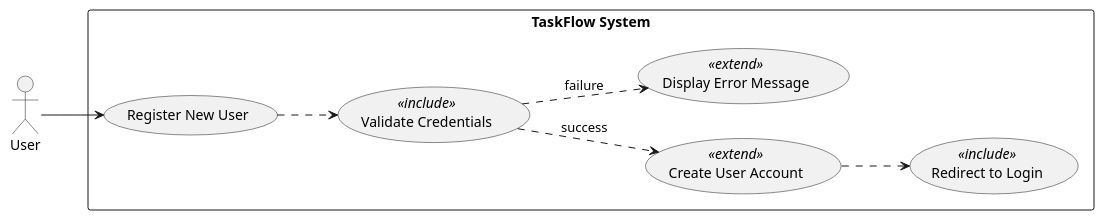
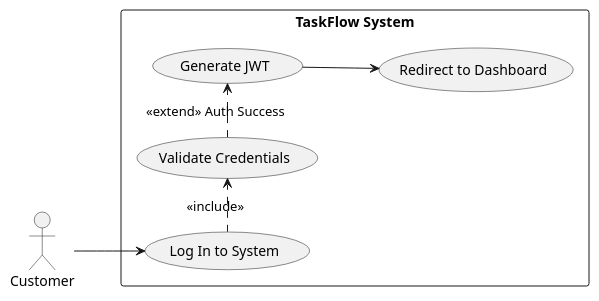
Before and after one commit to Chaman532003/framework: the first of 8 diagrams in artifacts/spec/spec.md, drawn with PlantUML. The commit also changed other lines of this file, not shown here.

Commit message:
[Propel IQ] Generate spec

````diff
--- a/artifacts/spec/spec.md
+++ b/artifacts/spec/spec.md
@@ -234,23 +278,20 @@
 ```plantuml
 @startuml
 left to right direction
 skinparam packageStyle rectangle
 
-actor User
+actor Customer
 
 rectangle "TaskFlow System" {
-  usecase (Register New User) as UC1_1
-  usecase (Validate Credentials) as UC1_2 <<include>>
-  usecase (Create User Account) as UC1_3 <<extend>>
-  usecase (Display Error Message) as UC1_4 <<extend>>
-  usecase (Redirect to Login) as UC1_5 <<include>>
+  usecase (Log In to System) as UC2
+  usecase (Validate Credentials) as UC2a
+  usecase (Generate JWT) as UC2b
+  usecase (Redirect to Dashboard) as UC2c
 }
 
-User --> UC1_1
-UC1_1 ..> UC1_2
-UC1_2 ..> UC1_3 : success
-UC1_2 ..> UC1_4 : failure
-UC1_3 ..> UC1_5
-
+Customer --> UC2
+UC2 .> UC2a : <<include>>
+UC2a .> UC2b : <<extend>> Auth Success
+UC2b --> UC2c
 @enduml
 ```
````
